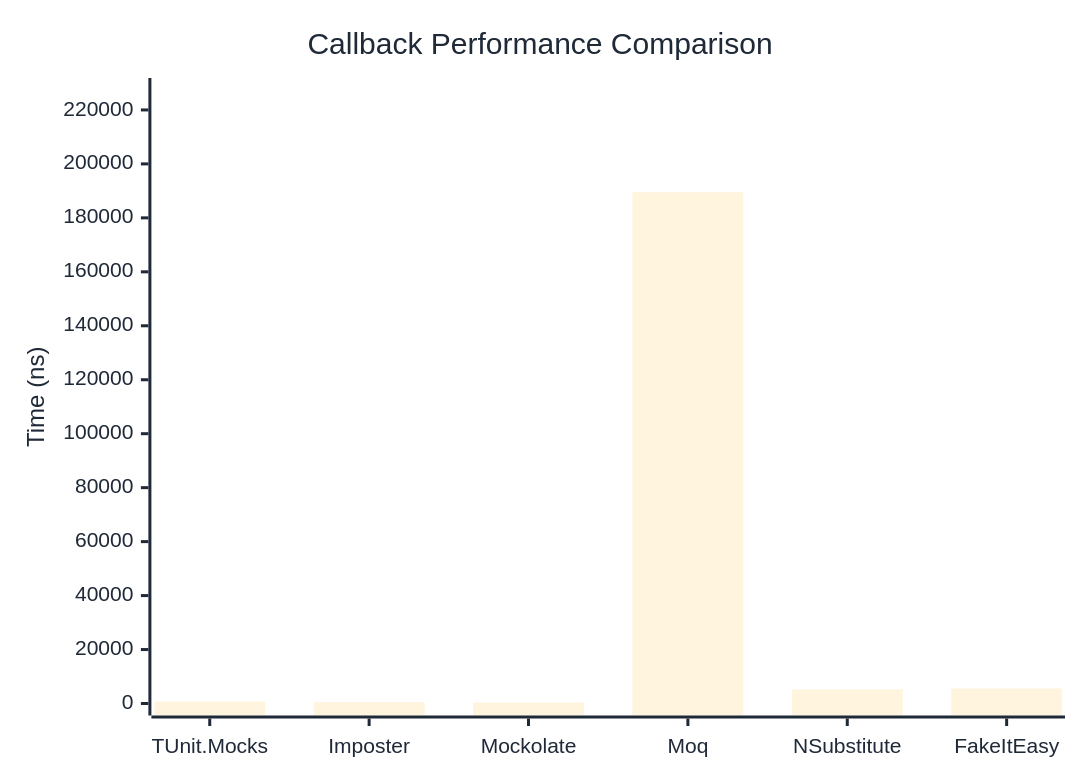
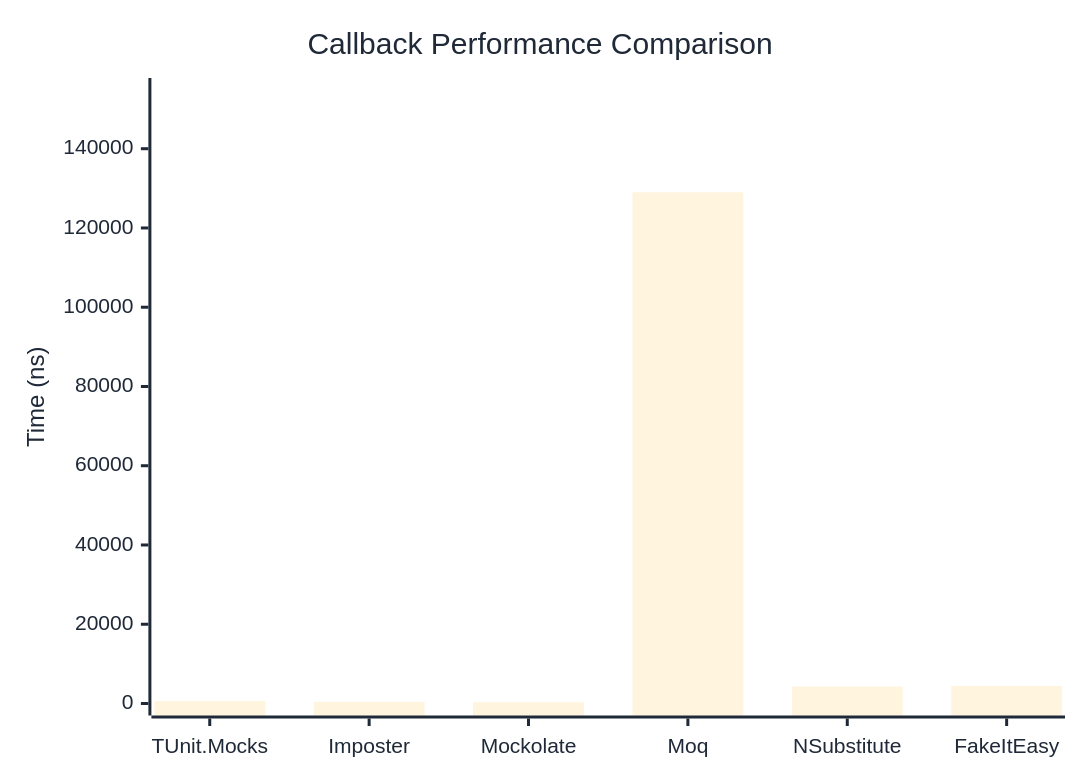
Before and after one commit to thomhurst/TUnit: the first of 2 diagrams in docs/docs/benchmarks/mocks/Callback.md, drawn with Mermaid. The commit also changed other lines of this file and 14 other files, not shown here.

````diff
--- a/docs/docs/benchmarks/mocks/Callback.md
+++ b/docs/docs/benchmarks/mocks/Callback.md
@@ -30,27 +30,27 @@
 ```mermaid
 %%{init: {
   'theme':'base',
   'themeVariables': {
     'primaryColor': '#2563eb',
     'primaryTextColor': '#1f2937',
     'primaryBorderColor': '#1e40af',
     'lineColor': '#6b7280',
     'secondaryColor': '#7c3aed',
     'tertiaryColor': '#dc2626',
     'background': '#ffffff',
     'pie1': '#2563eb',
     'pie2': '#7c3aed',
     'pie3': '#dc2626',
     'pie4': '#f59e0b',
     'pie5': '#10b981',
     'pie6': '#06b6d4',
     'pie7': '#ec4899',
     'pie8': '#6366f1'
   }
 }}%%
 xychart-beta
   title "Callback Performance Comparison"
   x-axis ["TUnit.Mocks", "Imposter", "Mockolate", "Moq", "NSubstitute", "FakeItEasy"]
-  y-axis "Time (ns)" 0 --> 227393
-  bar [741, 533.9, 373.7, 189494, 5233, 5560.4]
+  y-axis "Time (ns)" 0 --> 154814
+  bar [635.5, 437.6, 321.2, 129011, 4281, 4405]
 ```
````
